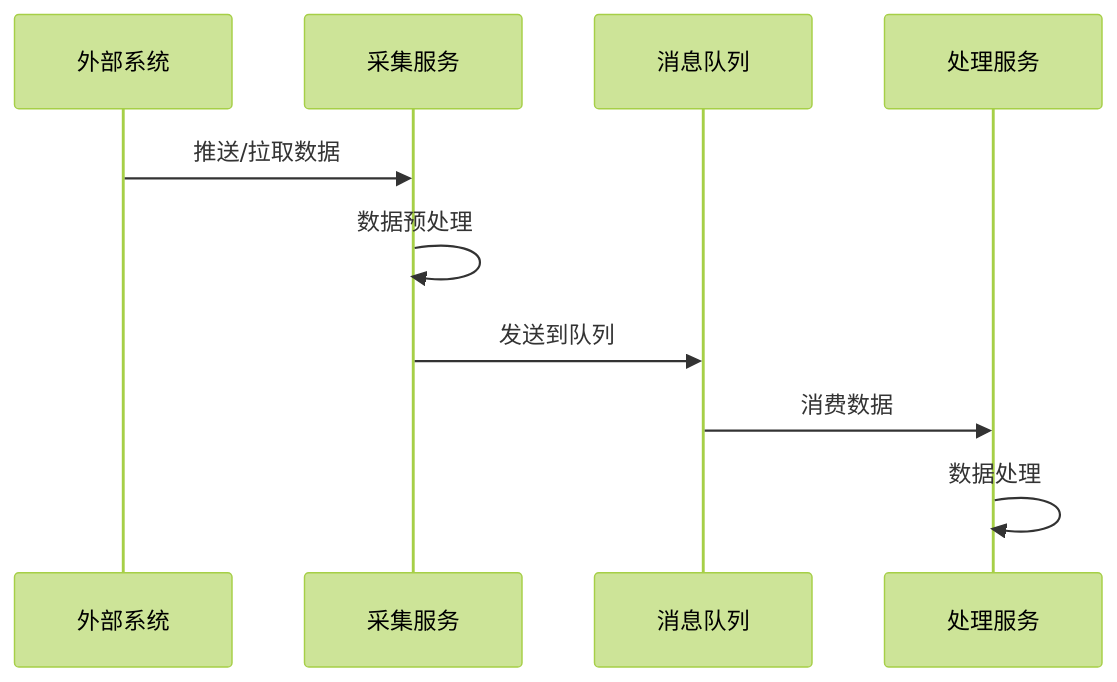
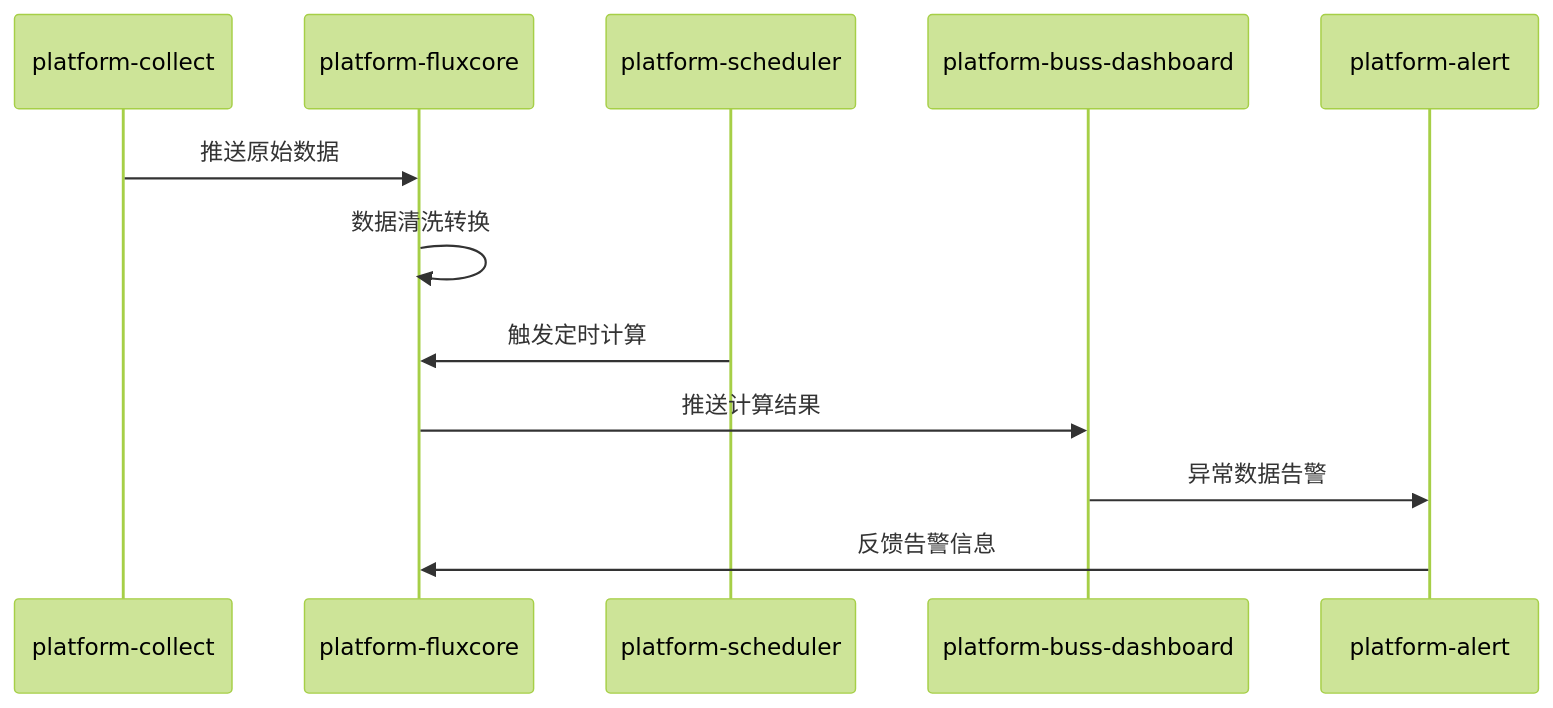
One commit to githubstudycloud/springboot3 changed the third of 3 diagrams in ARCHITECTURE.md. Above: the diagram before and after it, drawn with Mermaid (forest theme). The commit also changed other lines of this file and 6 other files, not shown here.

````diff
--- a/ARCHITECTURE.md
+++ b/ARCHITECTURE.md
@@ -230,13 +180,15 @@
 ```mermaid
 sequenceDiagram
-    participant S as 外部系统
-    participant C as 采集服务
-    participant MQ as 消息队列
-    participant P as 处理服务
+    participant C as platform-collect
+    participant F as platform-fluxcore
+    participant S as platform-scheduler
+    participant D as platform-buss-dashboard
+    participant A as platform-alert
     
-    S->>C: 推送/拉取数据
-    C->>C: 数据预处理
-    C->>MQ: 发送到队列
-    MQ->>P: 消费数据
-    P->>P: 数据处理
+    C->>F: 推送原始数据
+    F->>F: 数据清洗转换
+    S->>F: 触发定时计算
+    F->>D: 推送计算结果
+    D->>A: 异常数据告警
+    A->>F: 反馈告警信息
 ```
````
